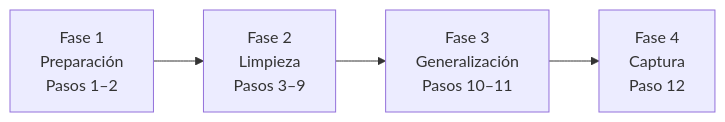
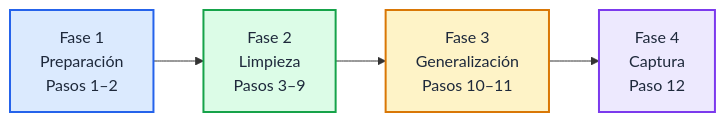
Before and after one commit to DUVAN04/windows-image-deployment: the diagram in docs/README-02.md, drawn with Mermaid. The commit also changed other lines of this file, not shown here.

````diff
--- a/docs/README-02.md
+++ b/docs/README-02.md
@@ -3,6 +3,16 @@
 ```mermaid
 flowchart LR
     A["Fase 1<br/>Preparación<br/>Pasos 1–2"] --> B["Fase 2<br/>Limpieza<br/>Pasos 3–9"]
     B --> C["Fase 3<br/>Generalización<br/>Pasos 10–11"]
     C --> D["Fase 4<br/>Captura<br/>Paso 12"]
+
+    classDef f1 fill:#DBEAFE,stroke:#2563EB,stroke-width:2px,color:#1E293B
+    classDef f2 fill:#DCFCE7,stroke:#16A34A,stroke-width:2px,color:#1E293B
+    classDef f3 fill:#FEF3C7,stroke:#D97706,stroke-width:2px,color:#1E293B
+    classDef f4 fill:#EDE9FE,stroke:#7C3AED,stroke-width:2px,color:#1E293B
+
+    class A f1
+    class B f2
+    class C f3
+    class D f4
 ```
````
